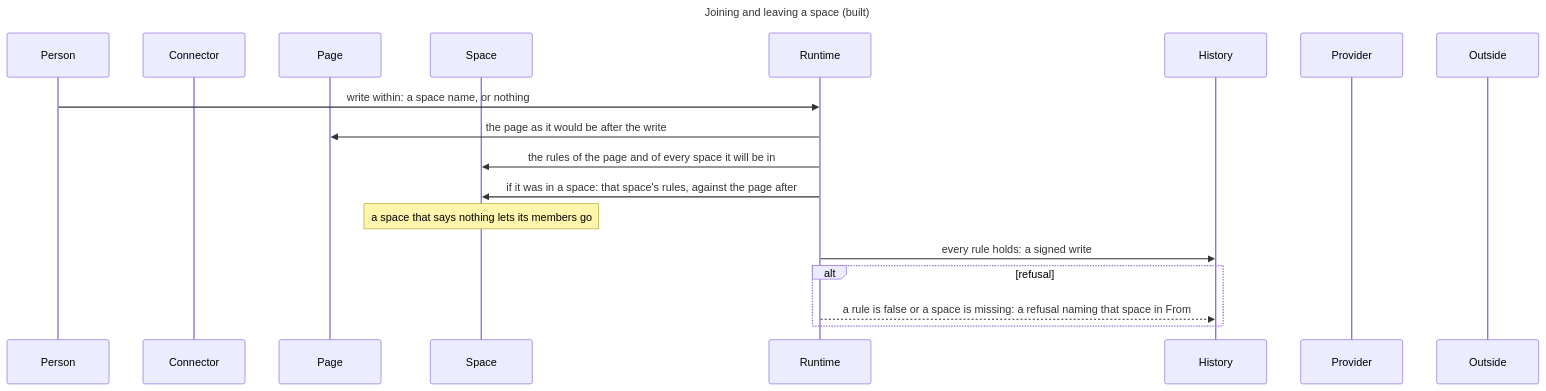
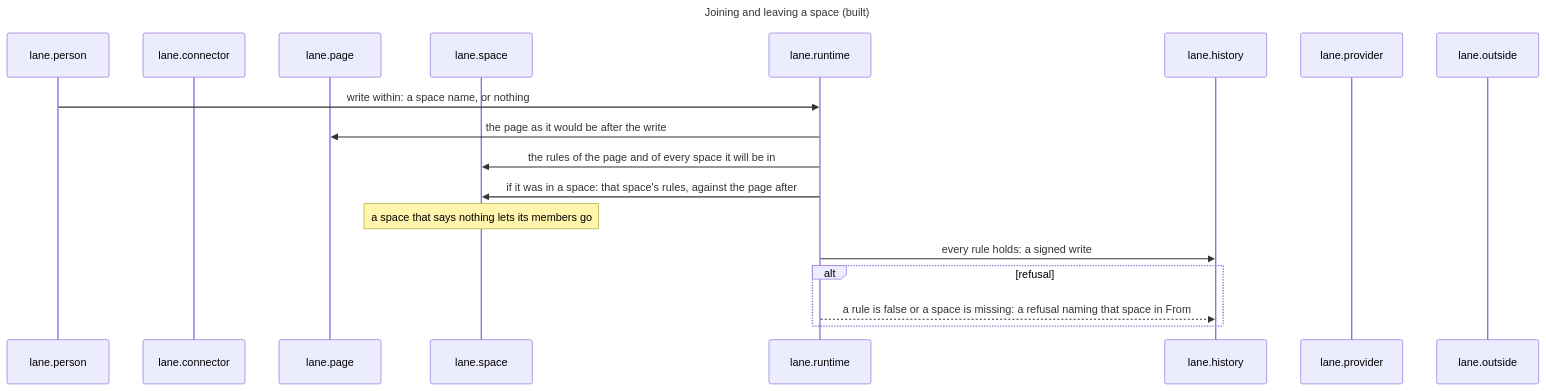
One commit to drksci/conky changed the tenth of 29 diagrams in docs/reference/architecture.md. Above: the diagram before and after it, drawn with Mermaid. The commit also changed other lines of this file and 84 other files, not shown here.

First line of the commit message:
refactor: give every part of the architecture a dotted name

````diff
--- a/docs/reference/architecture.md
+++ b/docs/reference/architecture.md
@@ -527,23 +547,23 @@
 ```mermaid
 ---
 title: Joining and leaving a space (built)
 ---
 sequenceDiagram
-    participant Person
-    participant Connector
-    participant Page
-    participant Space
-    participant Runtime
-    participant History
-    participant Provider
-    participant Outside
-    Person->>Runtime: write within: a space name, or nothing
-    Runtime->>Page: the page as it would be after the write
-    Runtime->>Space: the rules of the page and of every space it will be in
-    Runtime->>Space: if it was in a space: that space's rules, against the page after
-    Note over Space: a space that says nothing lets its members go
-    Runtime->>History: every rule holds: a signed write
+    participant lane.person
+    participant lane.connector
+    participant lane.page
+    participant lane.space
+    participant lane.runtime
+    participant lane.history
+    participant lane.provider
+    participant lane.outside
+    lane.person->>lane.runtime: write within: a space name, or nothing
+    lane.runtime->>lane.page: the page as it would be after the write
+    lane.runtime->>lane.space: the rules of the page and of every space it will be in
+    lane.runtime->>lane.space: if it was in a space: that space's rules, against the page after
+    Note over lane.space: a space that says nothing lets its members go
+    lane.runtime->>lane.history: every rule holds: a signed write
     alt refusal
-        Runtime-->>History: a rule is false or a space is missing: a refusal naming that space in From
+        lane.runtime-->>lane.history: a rule is false or a space is missing: a refusal naming that space in From
     end
 ```
````
